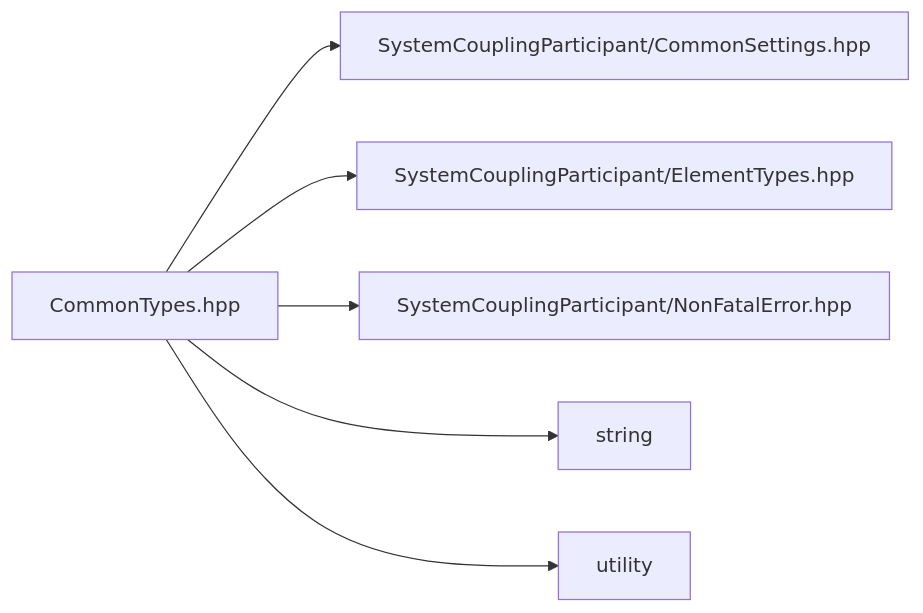
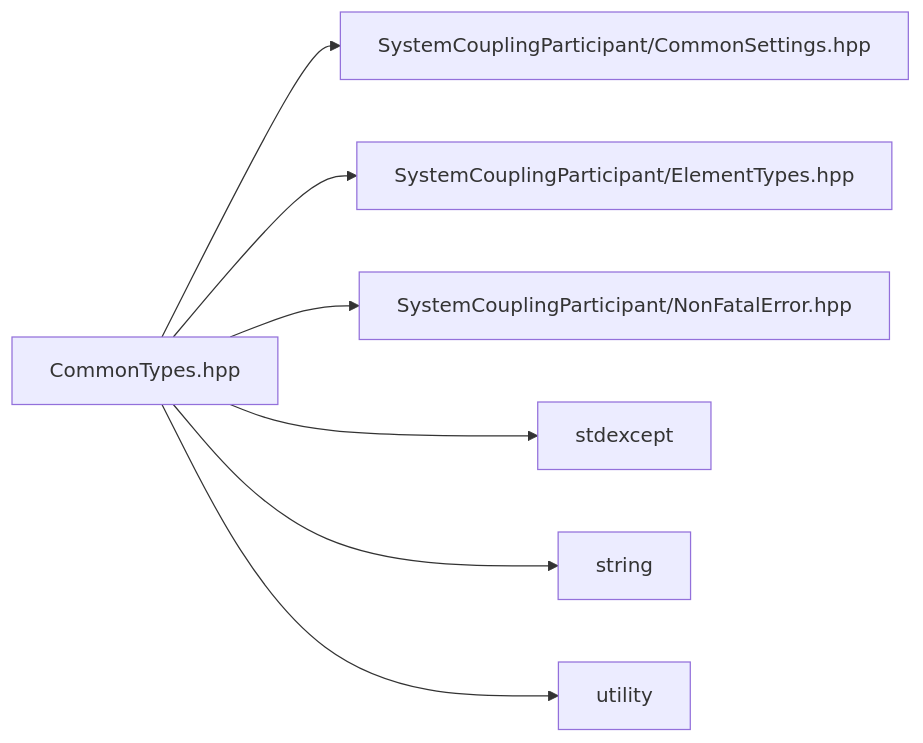
One commit to ansys/DevRelDocs changed the diagram in 2026R1/system-coupling-26-r1/articles/cpp-reference/CommonTypes_8hpp.md. Above: the diagram before and after it, drawn with Mermaid. The commit also changed other lines of this file and 377 other files, not shown here.

````diff
--- a/2026R1/system-coupling-26-r1/articles/cpp-reference/CommonTypes_8hpp.md
+++ b/2026R1/system-coupling-26-r1/articles/cpp-reference/CommonTypes_8hpp.md
@@ -34,21 +36,24 @@
 ```mermaid
 graph LR
-5["string"]
-
-3["SystemCouplingParticipant/ElementTypes.hpp"]
-
 1["CommonTypes.hpp"]
 click 1 "CommonTypes_8hpp.md#CommonTypes_8hpp"
 1 --> 2
 1 --> 3
 1 --> 4
 1 --> 5
 1 --> 6
+1 --> 7
 
-6["utility"]
+2["SystemCouplingParticipant/CommonSettings.hpp"]
+
+3["SystemCouplingParticipant/ElementTypes.hpp"]
 
 4["SystemCouplingParticipant/NonFatalError.hpp"]
 
-2["SystemCouplingParticipant/CommonSettings.hpp"]
+5["stdexcept"]
+
+6["string"]
+
+7["utility"]
 
 ```
````
